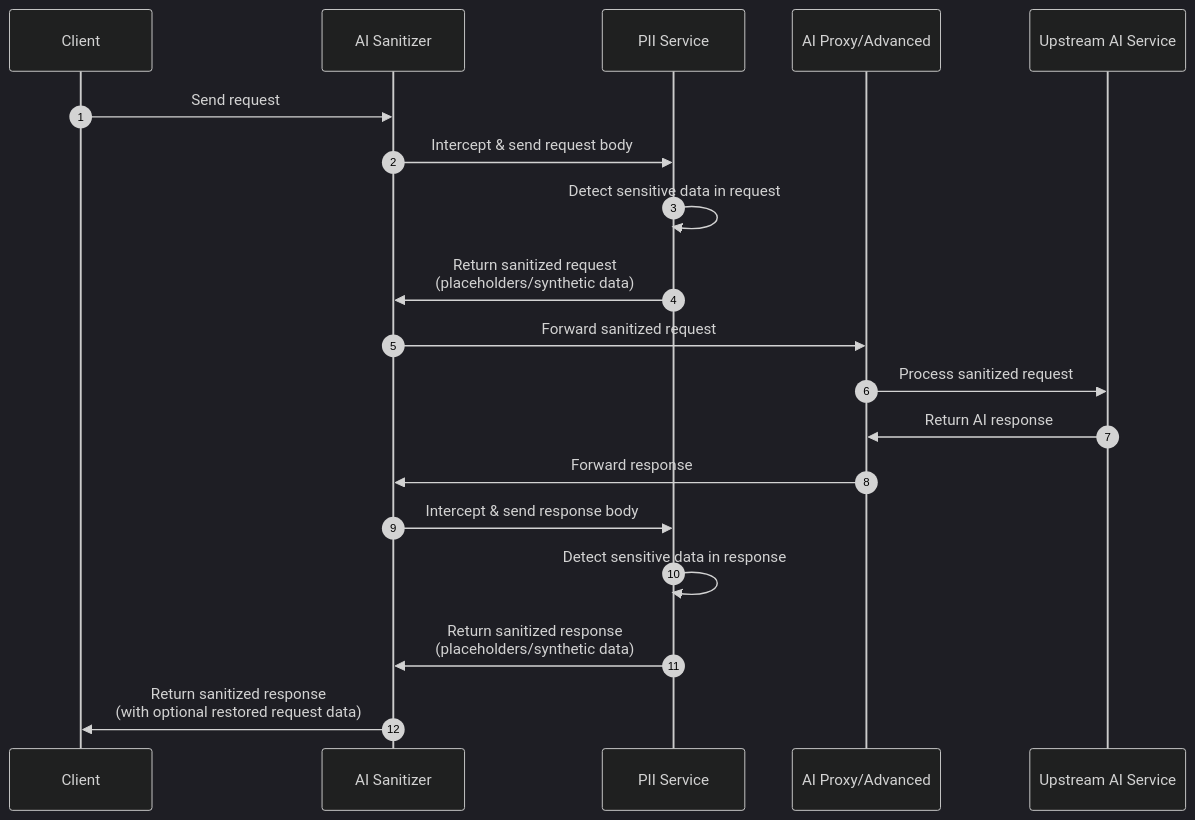
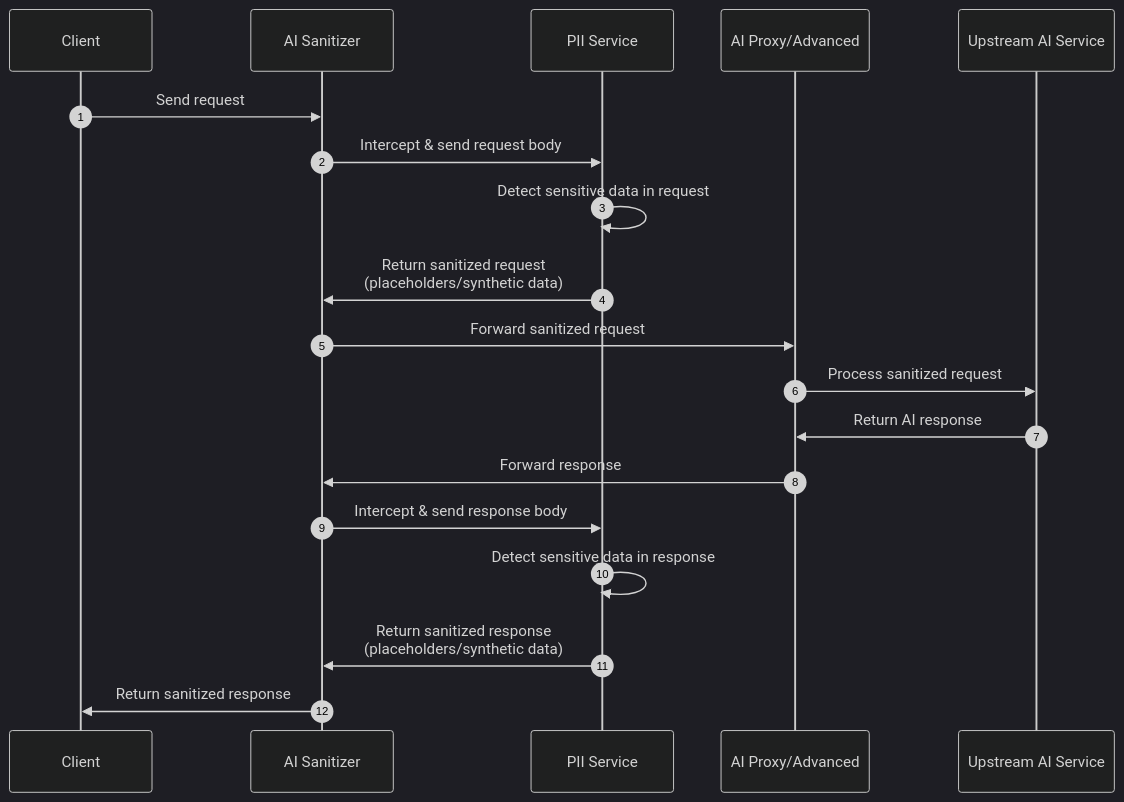
Before and after one commit to Kong/developer.konghq.com: the diagram in app/_kong_plugins/ai-sanitizer/index.md, drawn with Mermaid (dark theme). The commit also changed other lines of this file, not shown here.

```diff
--- a/app/_kong_plugins/ai-sanitizer/index.md
+++ b/app/_kong_plugins/ai-sanitizer/index.md
@@ -70,22 +73,22 @@
 {% mermaid %}
 sequenceDiagram
     autonumber
     participant Client
     participant Plugin as AI Sanitizer
     participant PII as PII Service
     participant Proxy as AI Proxy/Advanced
     participant AI as Upstream AI Service
     
     Client->>Plugin: Send request
     Plugin->>PII: Intercept & send request body
     PII->>PII: Detect sensitive data in request
     PII->>Plugin: Return sanitized request<br/>(placeholders/synthetic data)
     Plugin->>Proxy: Forward sanitized request
     Proxy->>AI: Process sanitized request    
     AI->>Proxy: Return AI response
     Proxy->>Plugin: Forward response
     Plugin->>PII: Intercept & send response body
     PII->>PII: Detect sensitive data in response
     PII->>Plugin: Return sanitized response<br/>(placeholders/synthetic data)
-    Plugin->>Client: Return sanitized response<br>(with optional restored request data)
+    Plugin->>Client: Return sanitized response
 {% endmermaid %}
```
